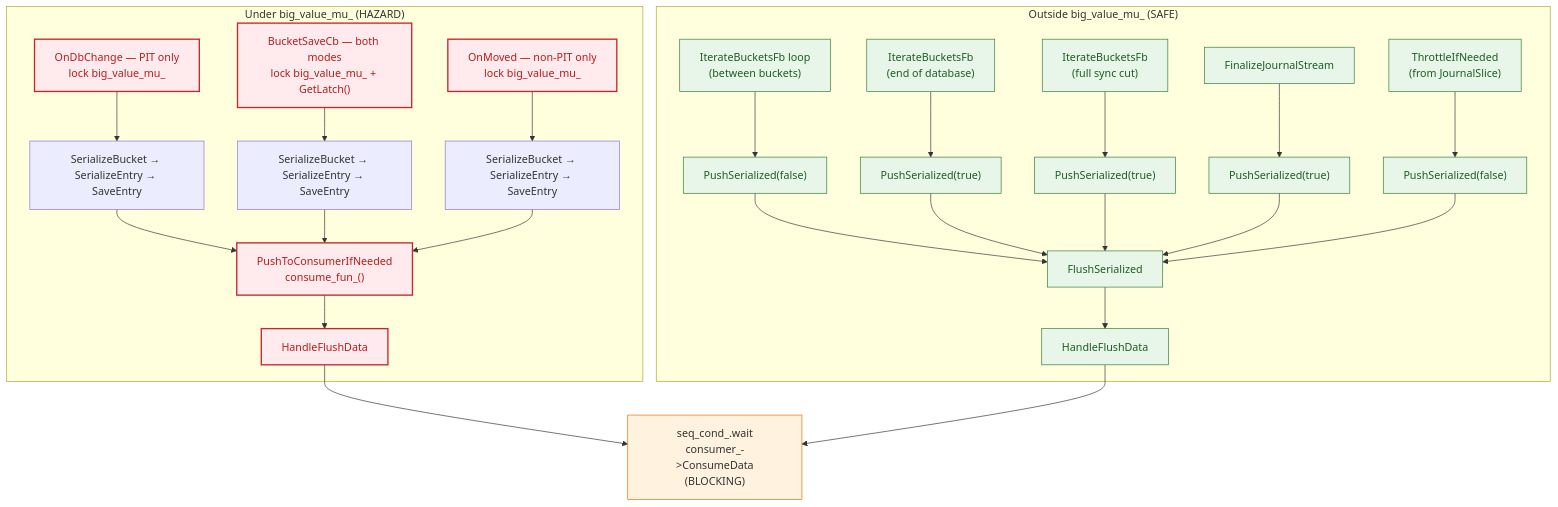
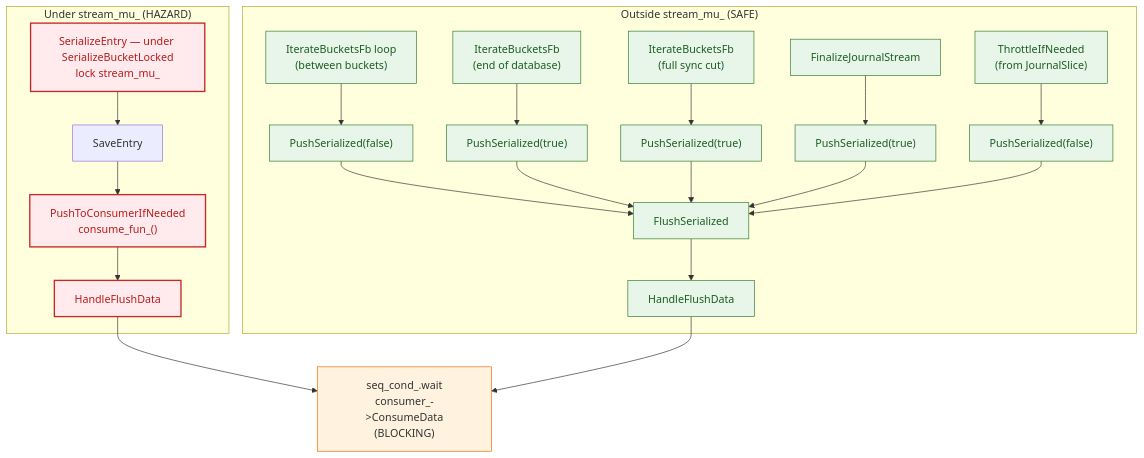
The fifth of 5 diagrams in docs/shard-serialization.md (dragonflydb/dragonfly), drawn with Mermaid before and after one commit. The commit also changed other lines of this file, not shown here.

````diff
--- a/docs/shard-serialization.md
+++ b/docs/shard-serialization.md
@@ -454,36 +356,32 @@
 ```mermaid
 flowchart TD
-  subgraph HAZARD["Under big_value_mu_ (HAZARD)"]
-    A1["OnDbChange — PIT only<br/>lock big_value_mu_"] --> SB1["SerializeBucket → SerializeEntry → SaveEntry"]
-    A2["BucketSaveCb — both modes<br/>lock big_value_mu_ + GetLatch()"] --> SB2["SerializeBucket → SerializeEntry → SaveEntry"]
-    A3["OnMoved — non-PIT only<br/>lock big_value_mu_"] --> SB3["SerializeBucket → SerializeEntry → SaveEntry"]
-    SB1 --> CF["PushToConsumerIfNeeded<br/>consume_fun_()"]
-    SB2 --> CF
-    SB3 --> CF
+  subgraph HAZARD["Under stream_mu_ (HAZARD)"]
+    A2["SerializeEntry — under SerializeBucketLocked<br/>lock stream_mu_"] --> SB2["SaveEntry"]
+    SB2 --> CF["PushToConsumerIfNeeded<br/>consume_fun_()"]
     CF --> HFD1[HandleFlushData]
   end
 
-  subgraph SAFE["Outside big_value_mu_ (SAFE)"]
+  subgraph SAFE["Outside stream_mu_ (SAFE)"]
     B1["IterateBucketsFb loop<br/>(between buckets)"] --> PS1["PushSerialized(false)"]
     B2["IterateBucketsFb<br/>(end of database)"] --> PS2["PushSerialized(true)"]
     B3["IterateBucketsFb<br/>(full sync cut)"] --> PS3["PushSerialized(true)"]
     B4[FinalizeJournalStream] --> PS4["PushSerialized(true)"]
     B5["ThrottleIfNeeded<br/>(from JournalSlice)"] --> PS5["PushSerialized(false)"]
     PS1 --> FS[FlushSerialized]
     PS2 --> FS
     PS3 --> FS
     PS4 --> FS
     PS5 --> FS
     FS --> HFD2[HandleFlushData]
   end
 
   HFD1 --> BLOCK["seq_cond_.wait<br/>consumer_->ConsumeData<br/>(BLOCKING)"]
   HFD2 --> BLOCK
 
   classDef hazard fill:#FFEBEE,stroke:#C62828,stroke-width:2px,color:#B71C1C;
   classDef safe fill:#E8F5E9,stroke:#2E7D32,color:#1B5E20;
   classDef block fill:#FFF3E0,stroke:#EF6C00;
-  class A1,A2,A3,CF,HFD1 hazard;
+  class A2,CF,HFD1 hazard;
   class B1,B2,B3,B4,B5,PS1,PS2,PS3,PS4,PS5,FS,HFD2 safe;
   class BLOCK block;
 ```
````
